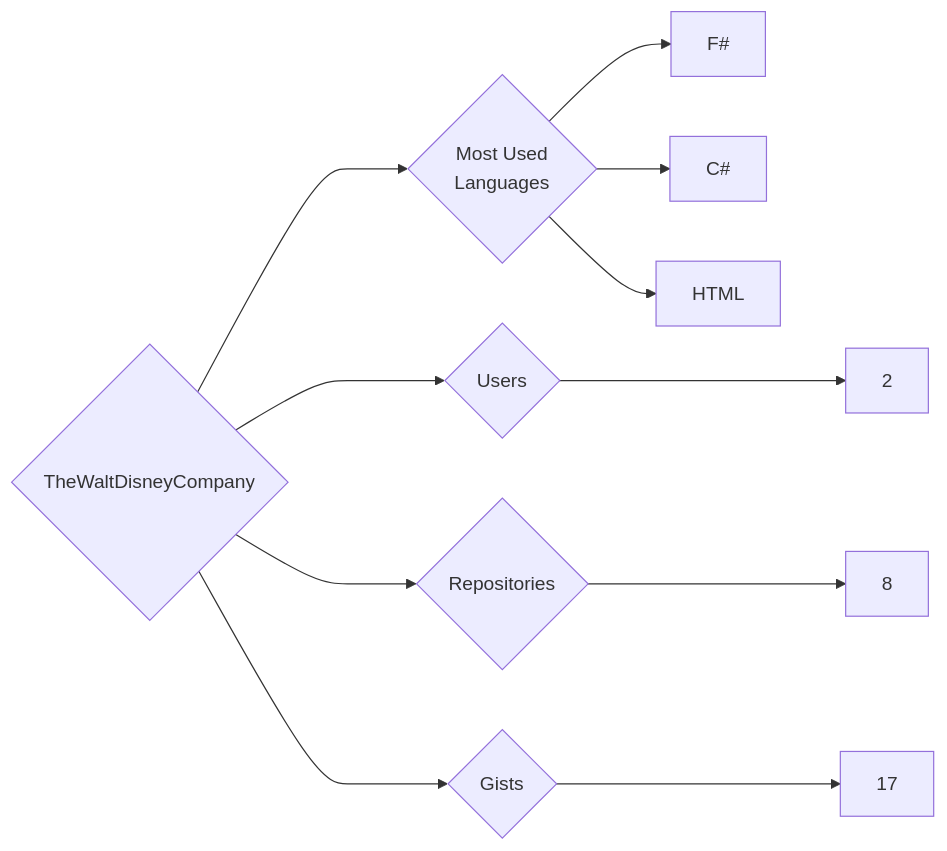
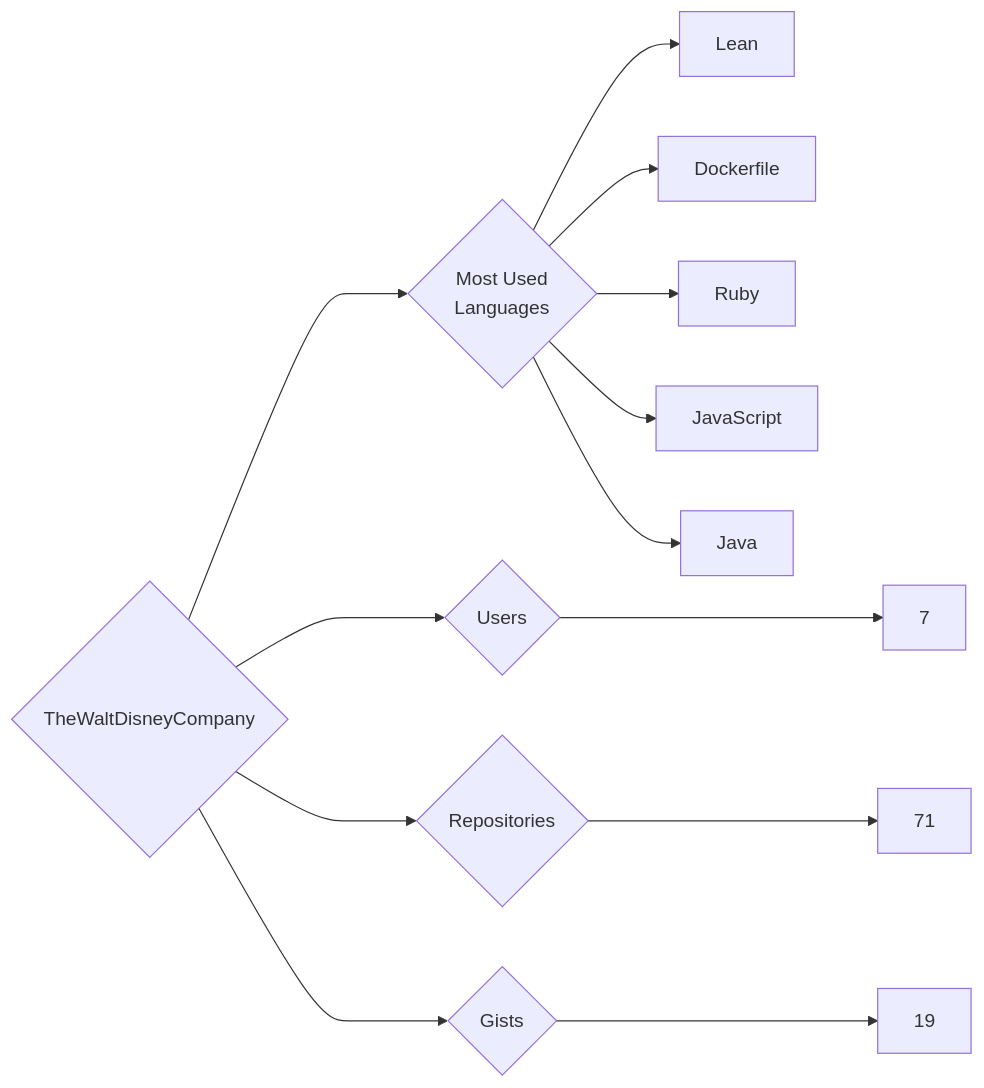
The diagram in targets/TheWaltDisneyCompany/README.md (trickest/insiders), drawn with Mermaid before and after one commit. The commit also changed 1479 other files, not shown here.

````diff
--- a/targets/TheWaltDisneyCompany/README.md
+++ b/targets/TheWaltDisneyCompany/README.md
@@ -3,11 +3,13 @@
 ```mermaid
 graph LR
 COMPANY_NAME{TheWaltDisneyCompany}
-COMPANY_NAME ---> U{Users} ---> UN[2]
-COMPANY_NAME ---> R{Repositories} ---> RN[8]
-COMPANY_NAME ---> G{Gists} ---> GN[17]
+COMPANY_NAME ---> U{Users} ---> UN[7]
+COMPANY_NAME ---> R{Repositories} ---> RN[71]
+COMPANY_NAME ---> G{Gists} ---> GN[19]
 COMPANY_NAME ---> ML{Most Used<br>Languages}
-ML --> F#[F#]
-ML --> C#[C#]
-ML --> HTML[HTML]
+ML --> Lean[Lean]
+ML --> Dockerfile[Dockerfile]
+ML --> Ruby[Ruby]
+ML --> JavaScript[JavaScript]
+ML --> Java[Java]
 ```
````
